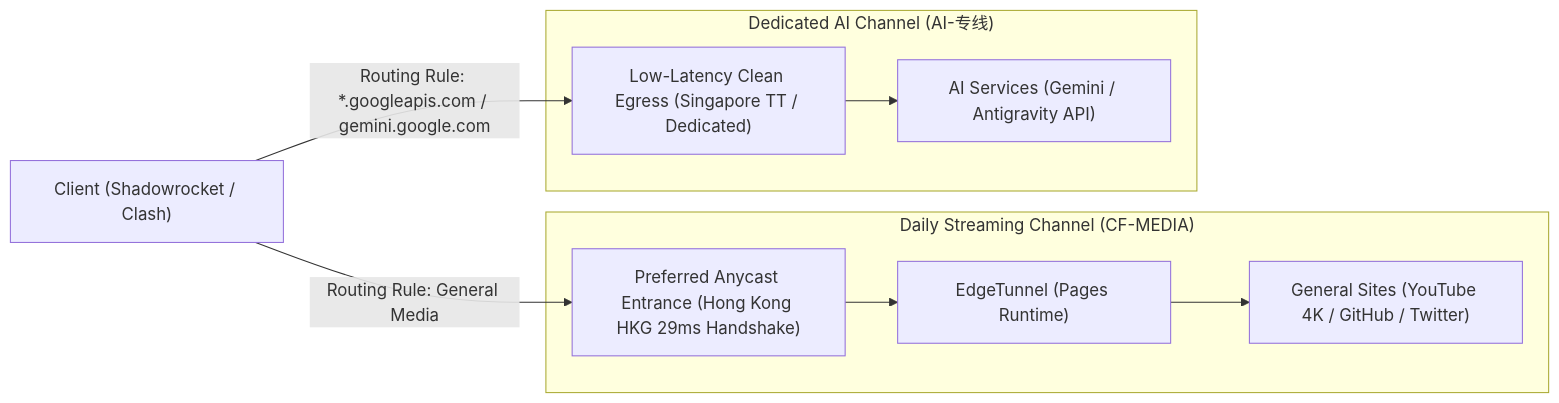
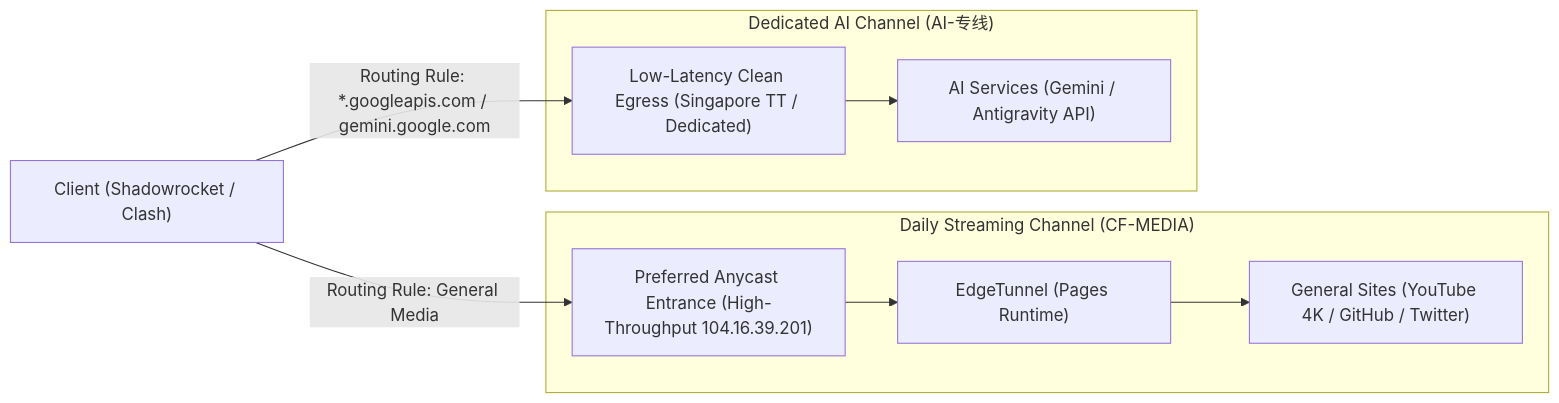
Before and after one commit to RealRayTan/edge-routing: the diagram in README_en.md, drawn with Mermaid. The commit also changed other lines of this file and 3 other files, not shown here.

Commit message:
fix(entrance): align with verified high-throughput Anycast IP 104.16.39.201

````diff
--- a/README_en.md
+++ b/README_en.md
@@ -7,20 +7,20 @@
 ```mermaid
 flowchart LR
     client["Client (Shadowrocket / Clash)"]
     
     subgraph media["Daily Streaming Channel (CF-MEDIA)"]
-        entry["Preferred Anycast Entrance (Hong Kong HKG 29ms Handshake)"]
+        entry["Preferred Anycast Entrance (High-Throughput 104.16.39.201)"]
         worker["EdgeTunnel (Pages Runtime)"]
         dest_gen["General Sites (YouTube 4K / GitHub / Twitter)"]
         entry --> worker --> dest_gen
     end
     
     subgraph ai["Dedicated AI Channel (AI-专线)"]
         node_ai["Low-Latency Clean Egress (Singapore TT / Dedicated)"]
         dest_ai["AI Services (Gemini / Antigravity API)"]
         node_ai --> dest_ai
     end
 
     client -->|Routing Rule: General Media| entry
     client -->|Routing Rule: *.googleapis.com / gemini.google.com| node_ai
 ```
````
